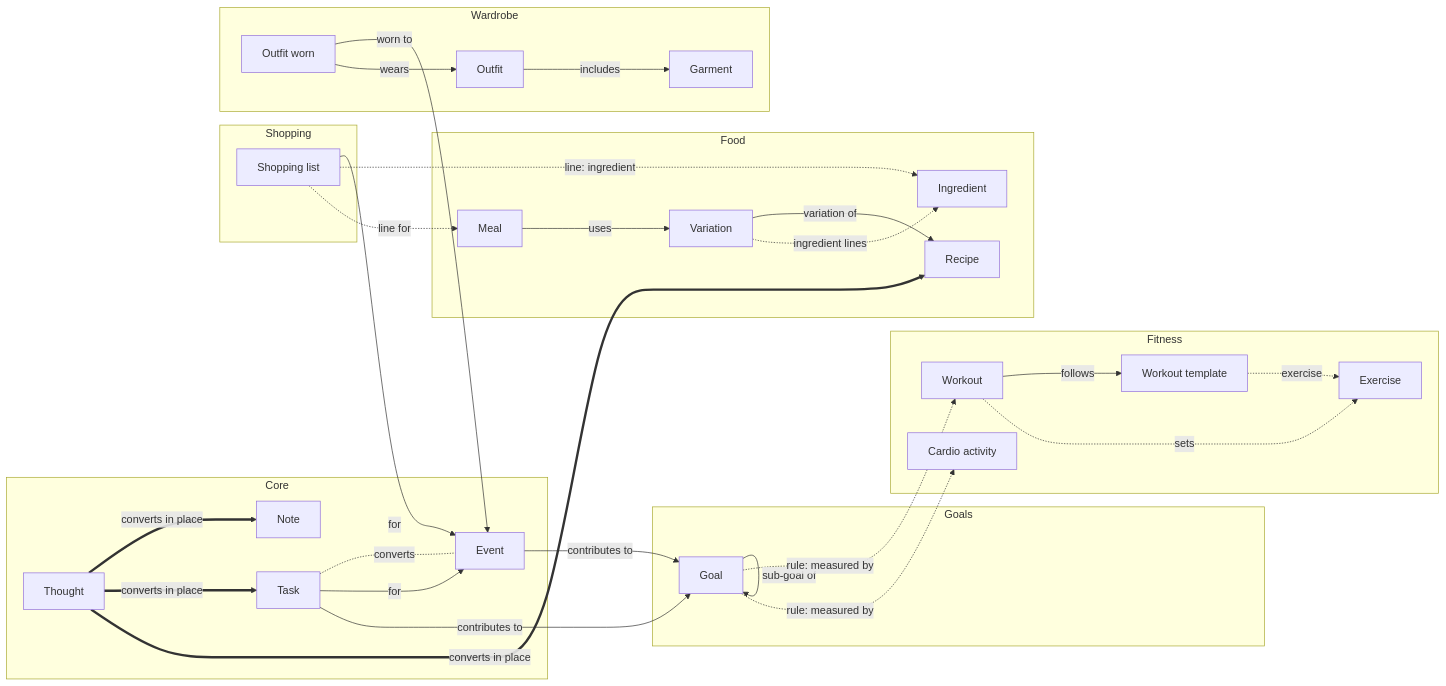
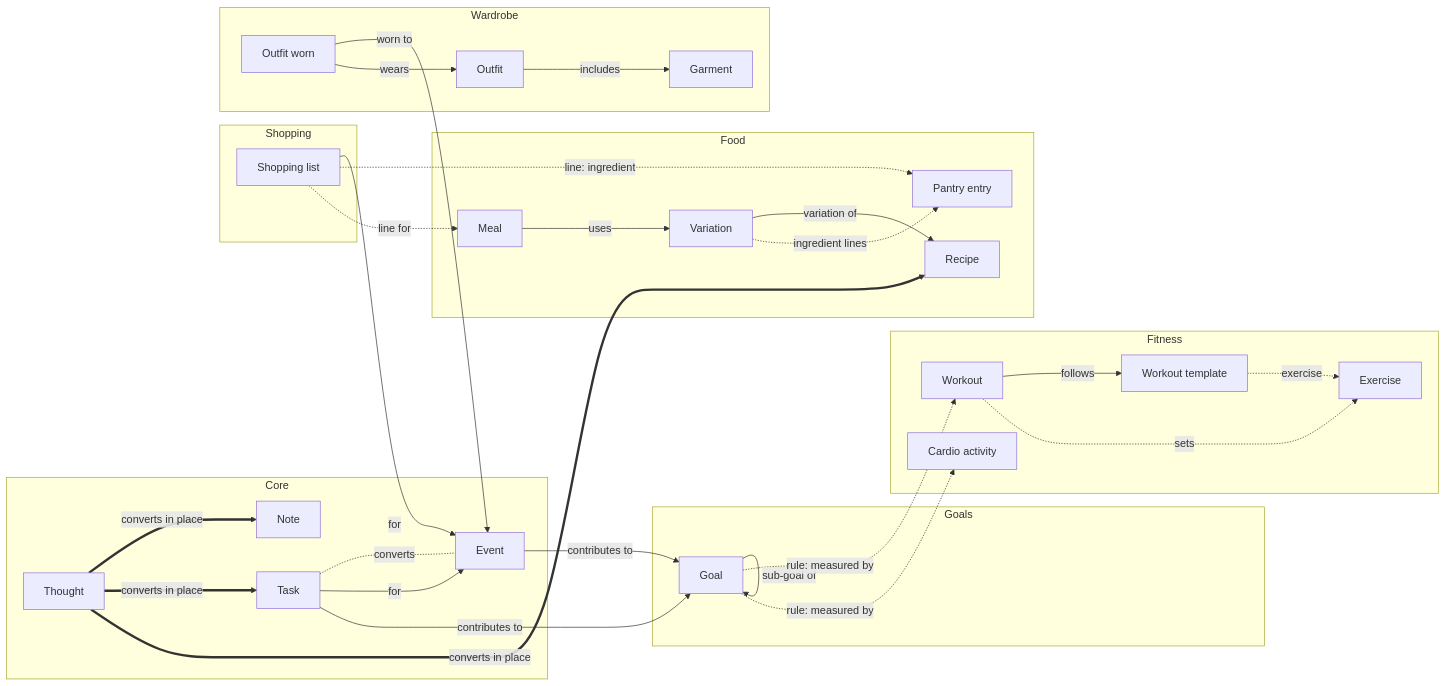
The first of 2 diagrams in docs/20-architecture/data-model.md (joestables/lifeos), drawn with Mermaid before and after one commit. The commit also changed other lines of this file and 22 other files, not shown here.

````diff
--- a/docs/20-architecture/data-model.md
+++ b/docs/20-architecture/data-model.md
@@ -319,58 +320,58 @@
 ```mermaid
 flowchart LR
   subgraph CORE[Core]
     Thought
     Note
     Task
     Event
   end
   subgraph FOOD[Food]
     Recipe
     Variation
     Meal
-    Ingredient
+    Ingredient[Pantry entry]
   end
   subgraph SHOPPING[Shopping]
     Shop[Shopping list]
   end
   subgraph WARDROBE[Wardrobe]
     Garment
     Outfit
     OutfitWorn[Outfit worn]
   end
   subgraph FITNESS[Fitness]
     Exercise
     Template[Workout template]
     Workout
     Cardio[Cardio activity]
   end
   subgraph GOALS[Goals]
     Goal
   end
 
   Thought == converts in place ==> Note
   Thought == converts in place ==> Task
   Thought == converts in place ==> Recipe
   Task -. converts .- Event
 
   Meal -- uses --> Variation
   Variation -- variation of --> Recipe
   Task -- for --> Event
   Shop -- for --> Event
   OutfitWorn -- worn to --> Event
   OutfitWorn -- wears --> Outfit
   Outfit -- includes --> Garment
   Workout -- follows --> Template
   Task -- contributes to --> Goal
   Event -- contributes to --> Goal
   Goal -- sub-goal of --> Goal
 
   Variation -. "ingredient lines" .-> Ingredient
   Shop -. "line: ingredient" .-> Ingredient
   Shop -. line for .-> Meal
   Template -. exercise .-> Exercise
   Workout -. sets .-> Exercise
 
   Goal -. "rule: measured by" .-> Workout
   Goal -. "rule: measured by" .-> Cardio
 ```
````
